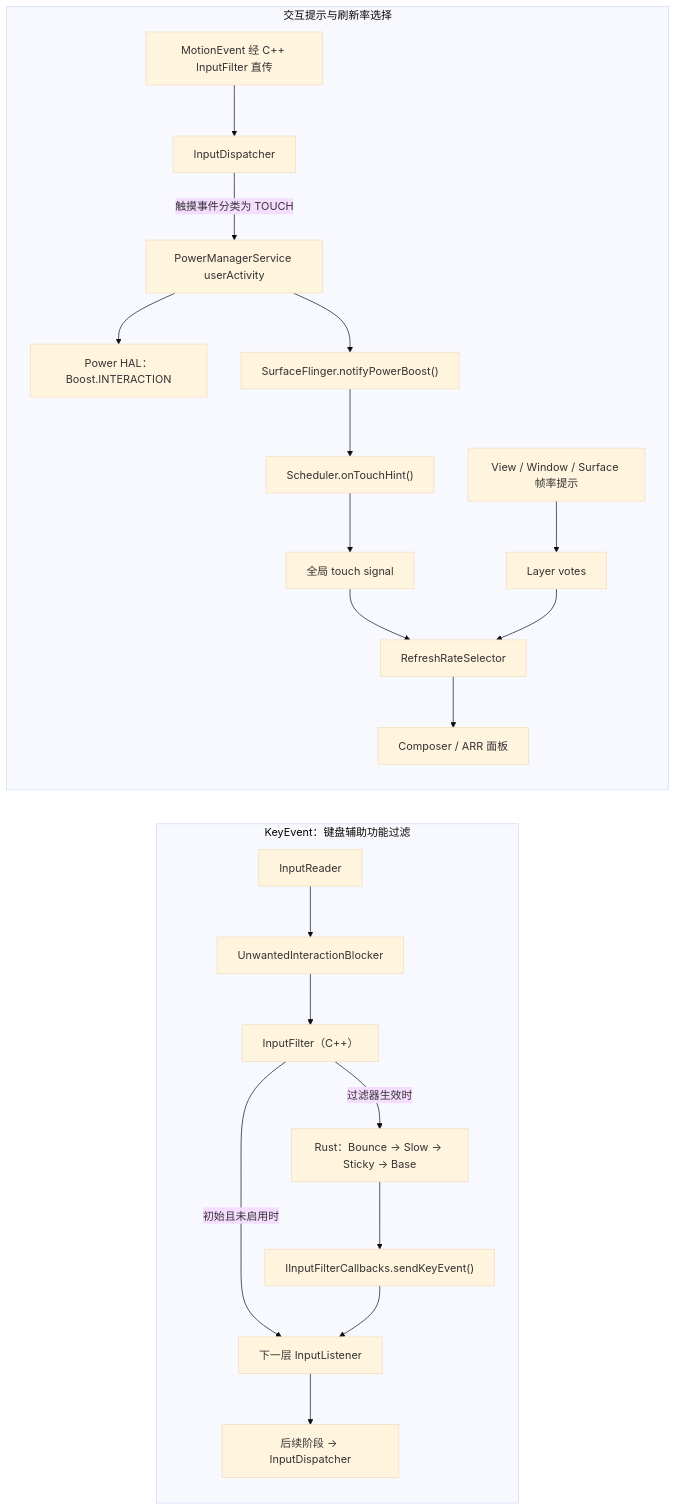
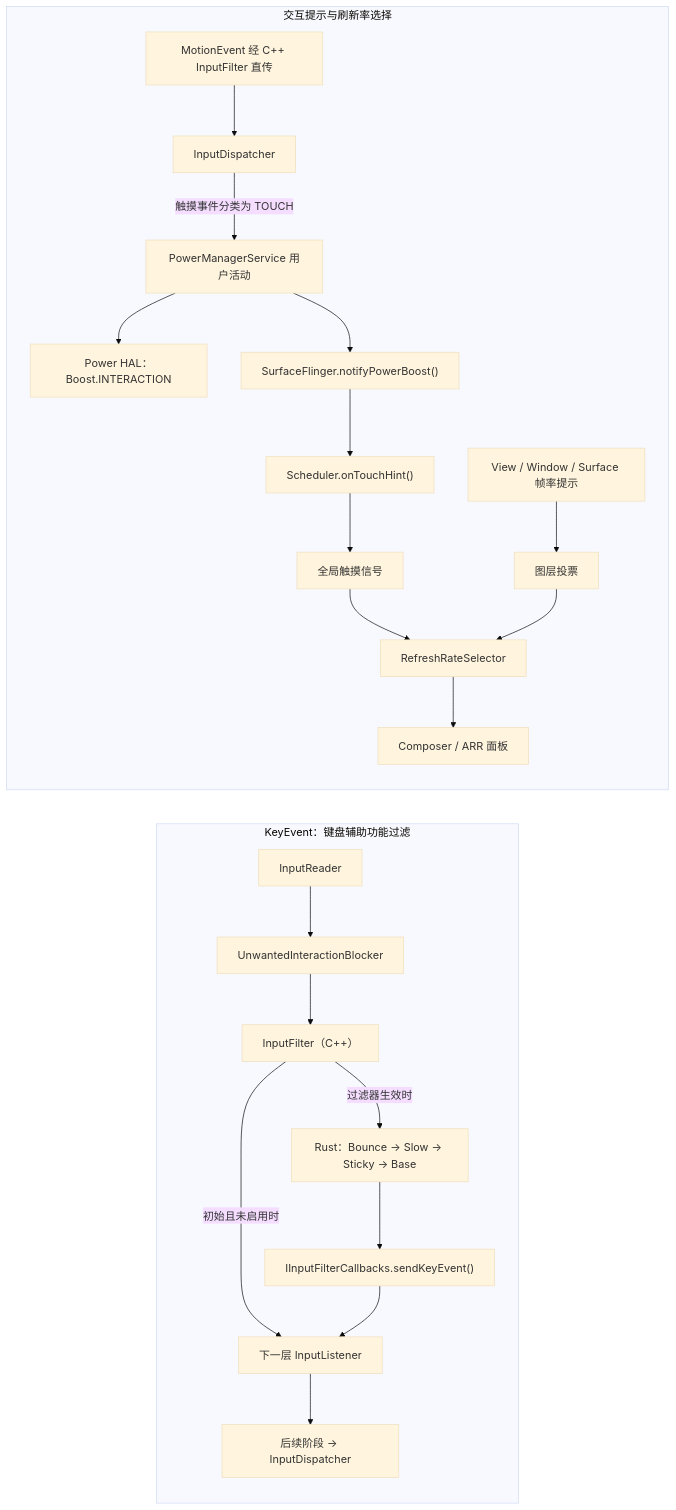
The diagram in src/part1-fundamentals/ch03-input/08-inputflinger-rust-arr.md (Gracker/android-internals-wiki), drawn with Mermaid (base theme) before and after one commit. The commit also changed other lines of this file and 4 other files, not shown here.

````diff
--- a/src/part1-fundamentals/ch03-input/08-inputflinger-rust-arr.md
+++ b/src/part1-fundamentals/ch03-input/08-inputflinger-rust-arr.md
@@ -108,25 +108,25 @@
 ```mermaid
 flowchart LR
     subgraph KeyPath["KeyEvent：键盘辅助功能过滤"]
         KR["InputReader"] --> KB["UnwantedInteractionBlocker"]
         KB --> KF["InputFilter（C++）"]
         KF -->|过滤器生效时| RB["Rust：Bounce → Slow → Sticky → Base"]
         KF -->|初始且未启用时| KN["下一层 InputListener"]
         RB --> KC["IInputFilterCallbacks.sendKeyEvent()"]
         KC --> KN
         KN --> KD["后续阶段 → InputDispatcher"]
     end
 
     subgraph InteractionPath["交互提示与刷新率选择"]
         MR["MotionEvent 经 C++ InputFilter 直传"] --> ID["InputDispatcher"]
-        ID -->|触摸事件分类为 TOUCH| PM["PowerManagerService userActivity"]
+        ID -->|触摸事件分类为 TOUCH| PM["PowerManagerService 用户活动"]
         PM --> PB["Power HAL：Boost.INTERACTION"]
         PM --> SF["SurfaceFlinger.notifyPowerBoost()"]
         SF --> SH["Scheduler.onTouchHint()"]
-        SH --> GS["全局 touch signal"]
-        VH["View / Window / Surface 帧率提示"] --> LV["Layer votes"]
+        SH --> GS["全局触摸信号"]
+        VH["View / Window / Surface 帧率提示"] --> LV["图层投票"]
         GS --> RR["RefreshRateSelector"]
         LV --> RR
         RR --> HW["Composer / ARR 面板"]
     end
 ```
````
